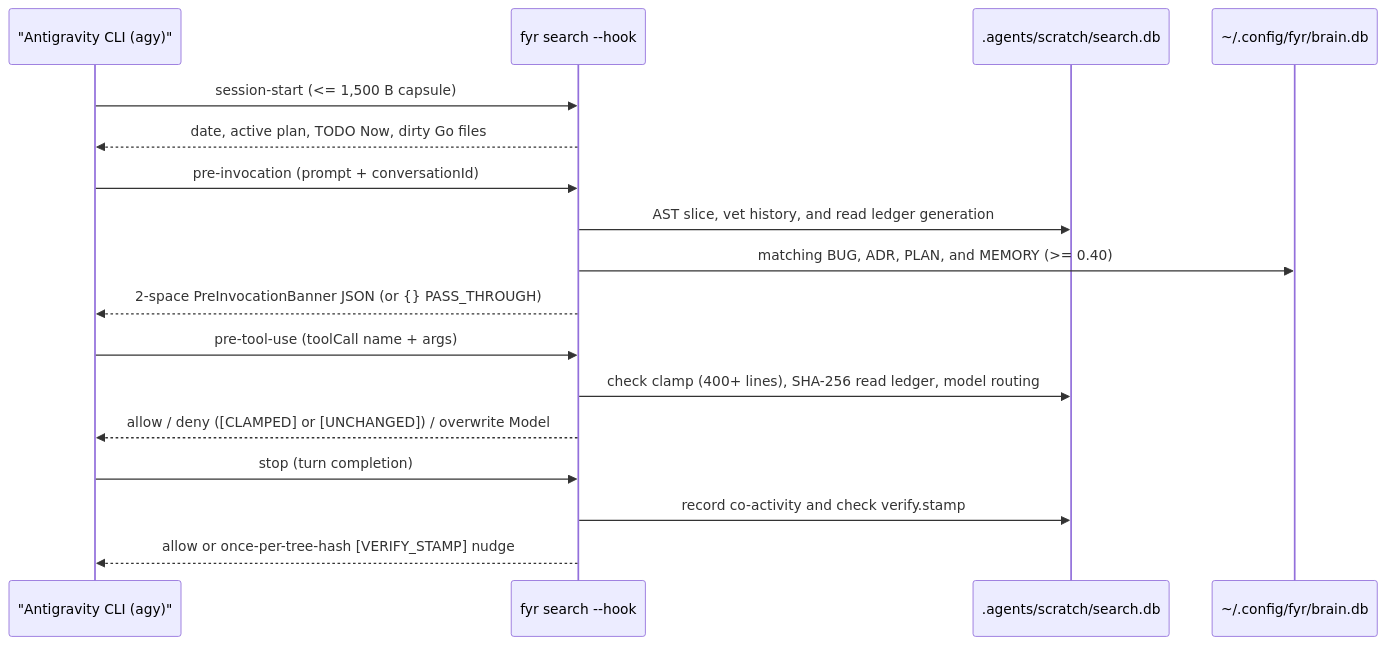
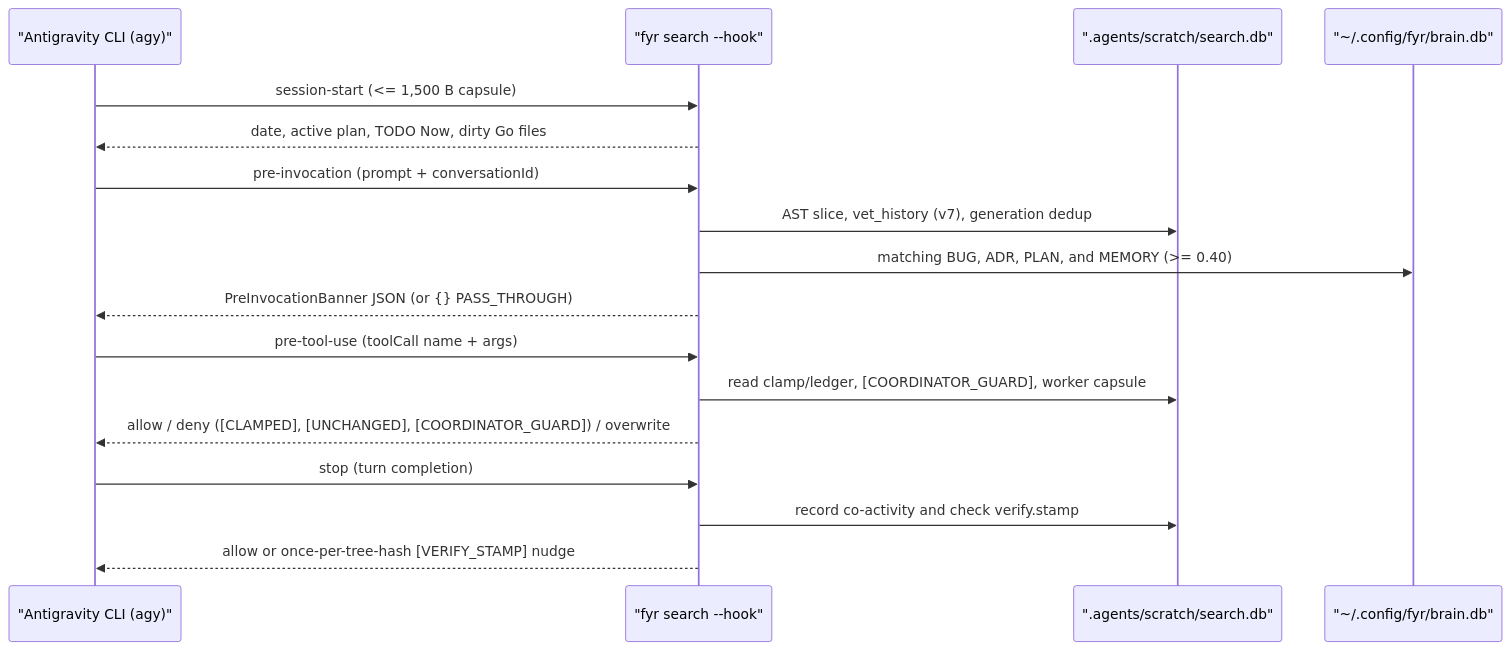
Before and after one commit to kesokaj/fyr: the first of 5 diagrams in features/hooks-and-ast-graph.md, drawn with Mermaid. The commit also changed other lines of this file and 1 other file, not shown here.

Commit message:
docs: document schema v7 coordinator pre-hooks and worker JIT capsule (Phase 3B)

````diff
--- a/features/hooks-and-ast-graph.md
+++ b/features/hooks-and-ast-graph.md
@@ -9,19 +9,19 @@
 ```mermaid
 sequenceDiagram
     participant Agy as "Antigravity CLI (agy)"
-    participant Hook as fyr search --hook
-    participant DB as .agents/scratch/search.db
-    participant Brain as ~/.config/fyr/brain.db
+    participant Hook as "fyr search --hook"
+    participant DB as ".agents/scratch/search.db"
+    participant Brain as "~/.config/fyr/brain.db"
     Agy->>Hook: session-start (<= 1,500 B capsule)
     Hook-->>Agy: date, active plan, TODO Now, dirty Go files
     Agy->>Hook: pre-invocation (prompt + conversationId)
-    Hook->>DB: AST slice, vet history, and read ledger generation
+    Hook->>DB: AST slice, vet_history (v7), generation dedup
     Hook->>Brain: matching BUG, ADR, PLAN, and MEMORY (>= 0.40)
-    Hook-->>Agy: 2-space PreInvocationBanner JSON (or {} PASS_THROUGH)
+    Hook-->>Agy: PreInvocationBanner JSON (or {} PASS_THROUGH)
     Agy->>Hook: pre-tool-use (toolCall name + args)
-    Hook->>DB: check clamp (400+ lines), SHA-256 read ledger, model routing
-    Hook-->>Agy: allow / deny ([CLAMPED] or [UNCHANGED]) / overwrite Model
+    Hook->>DB: read clamp/ledger, [COORDINATOR_GUARD], worker capsule
+    Hook-->>Agy: allow / deny ([CLAMPED], [UNCHANGED], [COORDINATOR_GUARD]) / overwrite
     Agy->>Hook: stop (turn completion)
     Hook->>DB: record co-activity and check verify.stamp
     Hook-->>Agy: allow or once-per-tree-hash [VERIFY_STAMP] nudge
 ```
````
